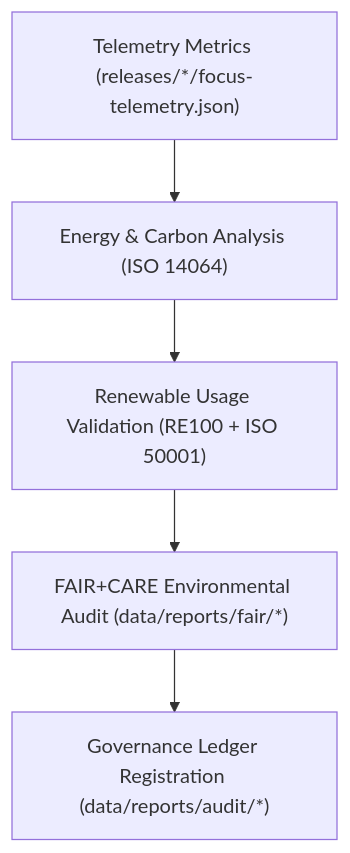
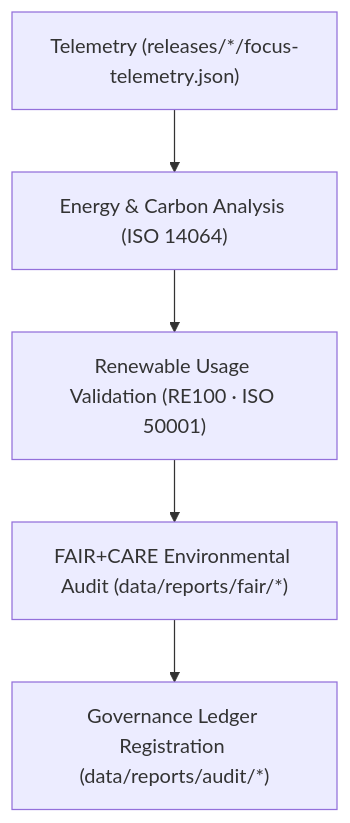
The diagram in data/reports/sustainability/README.md (bartytime4life/Kansas-Frontier-Matrix), drawn with Mermaid before and after one commit. The commit also changed other lines of this file, not shown here.

````diff
--- a/data/reports/sustainability/README.md
+++ b/data/reports/sustainability/README.md
@@ -84,7 +86,7 @@
 ```mermaid
 flowchart TD
-    A["Telemetry Metrics (releases/*/focus-telemetry.json)"] --> B["Energy & Carbon Analysis (ISO 14064)"]
-    B --> C["Renewable Usage Validation (RE100 + ISO 50001)"]
+    A["Telemetry (releases/*/focus-telemetry.json)"] --> B["Energy & Carbon Analysis (ISO 14064)"]
+    B --> C["Renewable Usage Validation (RE100 · ISO 50001)"]
     C --> D["FAIR+CARE Environmental Audit (data/reports/fair/*)"]
     D --> E["Governance Ledger Registration (data/reports/audit/*)"]
 ```
````
